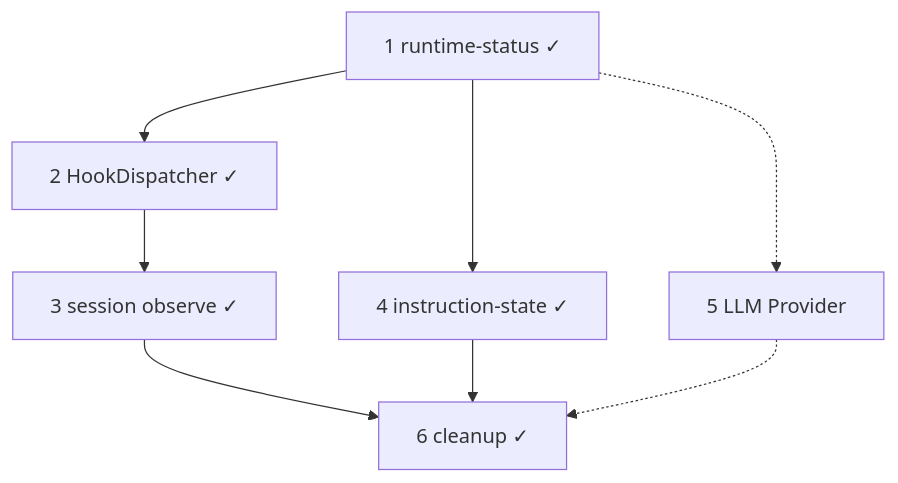
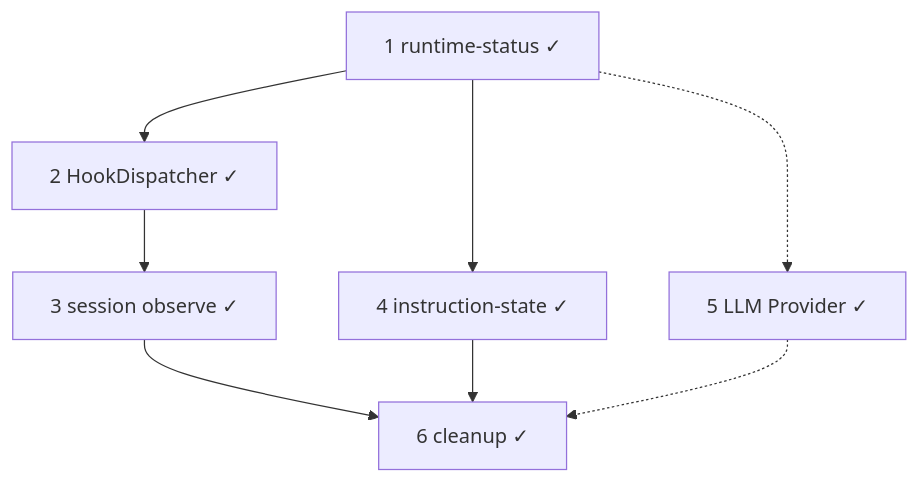
The diagram in docs/notes/context-window-roadmap.md (chendpoc/moontide), drawn with Mermaid before and after one commit. The commit also changed other lines of this file and 15 other files, not shown here.

First line of the commit message:
feat(llm): wire preset routing through LLMProvider (Provider phase B)

````diff
--- a/docs/notes/context-window-roadmap.md
+++ b/docs/notes/context-window-roadmap.md
@@ -22,16 +22,16 @@
 ```mermaid
 flowchart TD
   W1["1 runtime-status ✓"]
   W2["2 HookDispatcher ✓"]
   W3["3 session observe ✓"]
   W4["4 instruction-state ✓"]
-  W5["5 LLM Provider"]
+  W5["5 LLM Provider ✓"]
   W6["6 cleanup ✓"]
 
   W1 --> W2 --> W3
   W1 --> W4
   W1 -.-> W5
   W3 --> W6
   W4 --> W6
   W5 -.-> W6
 ```
````
